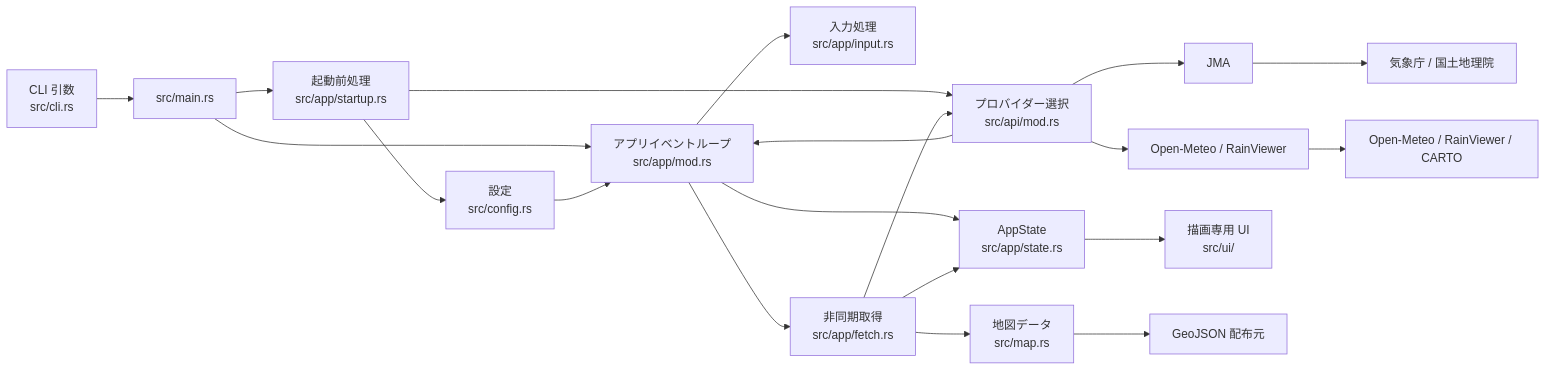
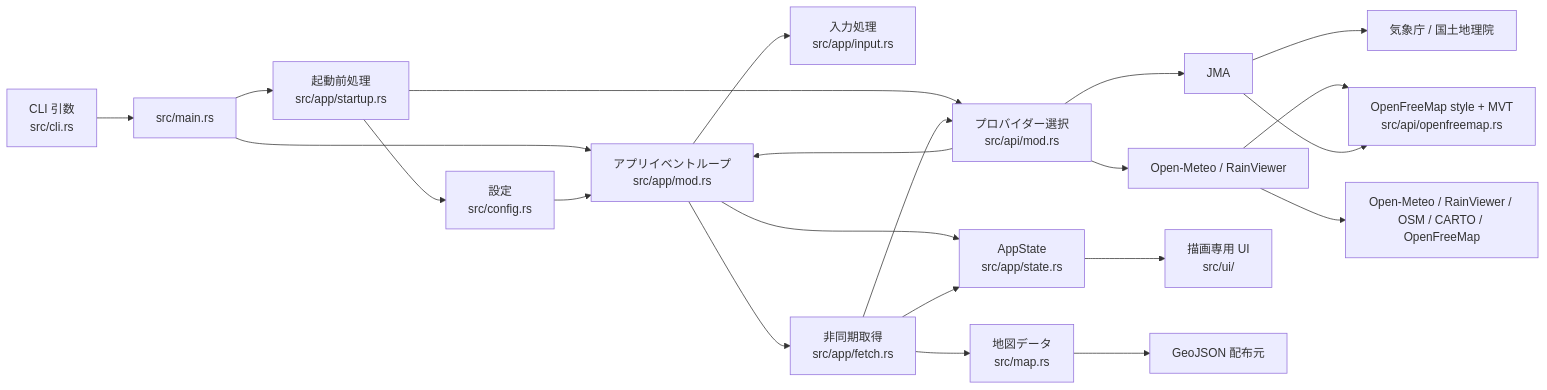
Before and after one commit to iorinu/termrain: the first of 3 diagrams in docs/architecture.md, drawn with Mermaid. The commit also changed 26 other files, not shown here.

First line of the commit message:
fix: restore API-key-free map defaults (#20)

````diff
--- a/docs/architecture.md
+++ b/docs/architecture.md
@@ -9,24 +9,26 @@
 ```mermaid
 flowchart LR
     CLI["CLI 引数<br/>src/cli.rs"] --> Main[src/main.rs]
     Main --> Startup["起動前処理<br/>src/app/startup.rs"]
     Startup --> Config["設定<br/>src/config.rs"]
     Startup --> Provider["プロバイダー選択<br/>src/api/mod.rs"]
     Provider --> JMA[JMA]
     Provider --> OpenMeteo[Open-Meteo / RainViewer]
 
     Main --> App["アプリイベントループ<br/>src/app/mod.rs"]
     Config --> App
     Provider --> App
     App --> State["AppState<br/>src/app/state.rs"]
     App --> Input["入力処理<br/>src/app/input.rs"]
     App --> Fetch["非同期取得<br/>src/app/fetch.rs"]
     Fetch --> Provider
     Fetch --> Map["地図データ<br/>src/map.rs"]
     Fetch --> State
     State --> UI["描画専用 UI<br/>src/ui/"]
 
     JMA --> JmaApi[気象庁 / 国土地理院]
-    OpenMeteo --> GlobalApi[Open-Meteo / RainViewer / CARTO]
+    OpenMeteo --> GlobalApi[Open-Meteo / RainViewer / OSM / CARTO / OpenFreeMap]
+    OpenMeteo --> VectorMap["OpenFreeMap style + MVT<br/>src/api/openfreemap.rs"]
+    JMA --> VectorMap
     Map --> GeoJson[GeoJSON 配布元]
 ```
````
